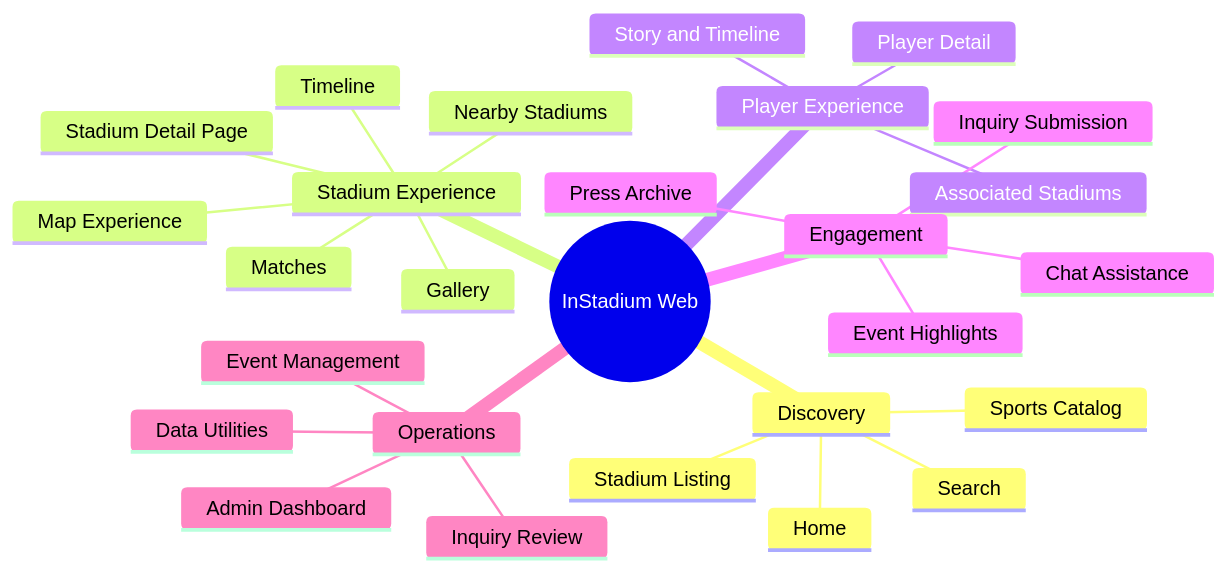
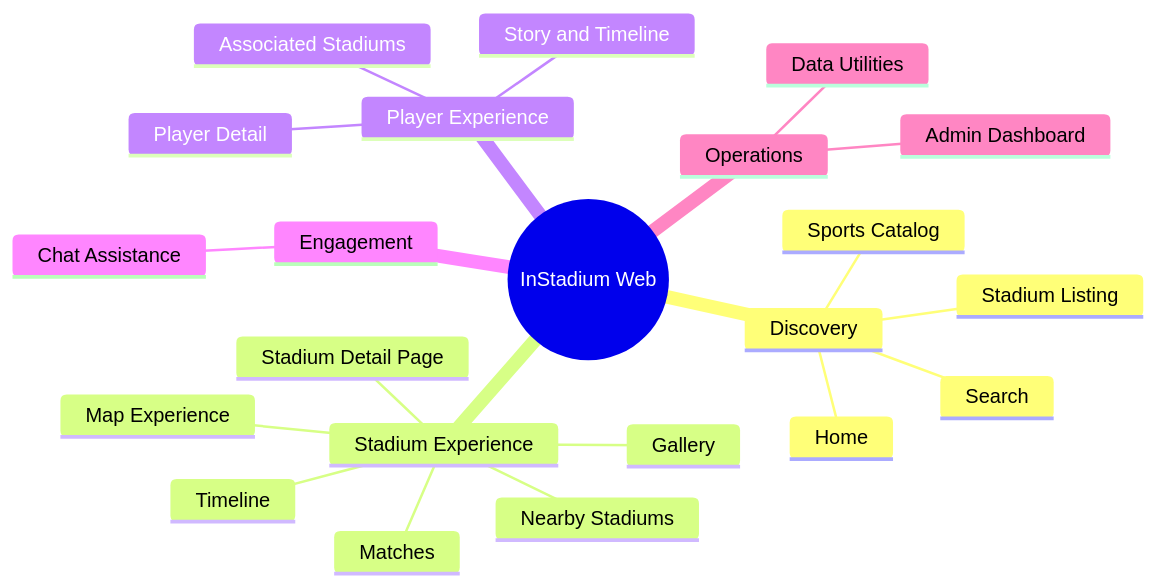
Before and after one commit to satyansh911/InStadiumWeb: the third of 15 diagrams in README.md, drawn with Mermaid. The commit also changed other lines of this file, not shown here.

Commit message:
routing architecture diagram updated

````diff
--- a/README.md
+++ b/README.md
@@ -89,30 +89,25 @@
 ```mermaid
 mindmap
    root((InStadium Web))
       Discovery
          Home
          Search
          Sports Catalog
          Stadium Listing
       Stadium Experience
          Stadium Detail Page
          Gallery
          Timeline
          Matches
          Nearby Stadiums
          Map Experience
       Player Experience
          Player Detail
          Story and Timeline
          Associated Stadiums
       Engagement
-         Inquiry Submission
-         Press Archive
-         Event Highlights
          Chat Assistance
       Operations
          Admin Dashboard
-         Event Management
-         Inquiry Review
          Data Utilities
 ```
````
